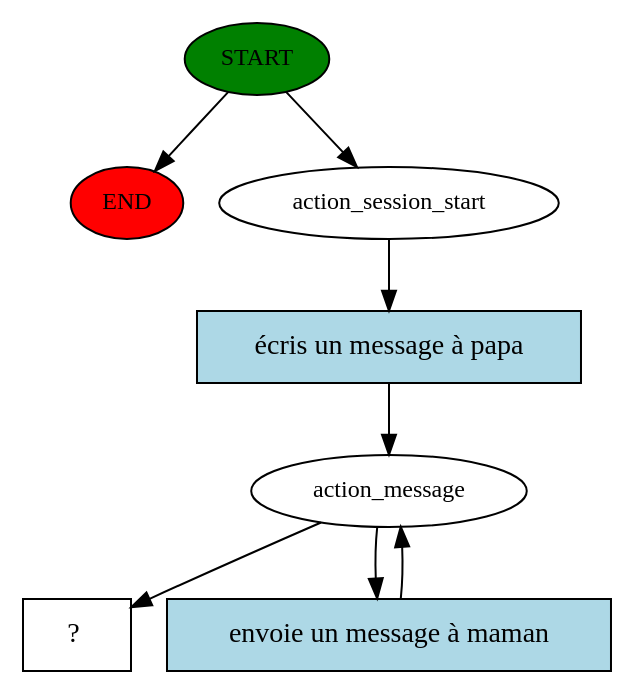
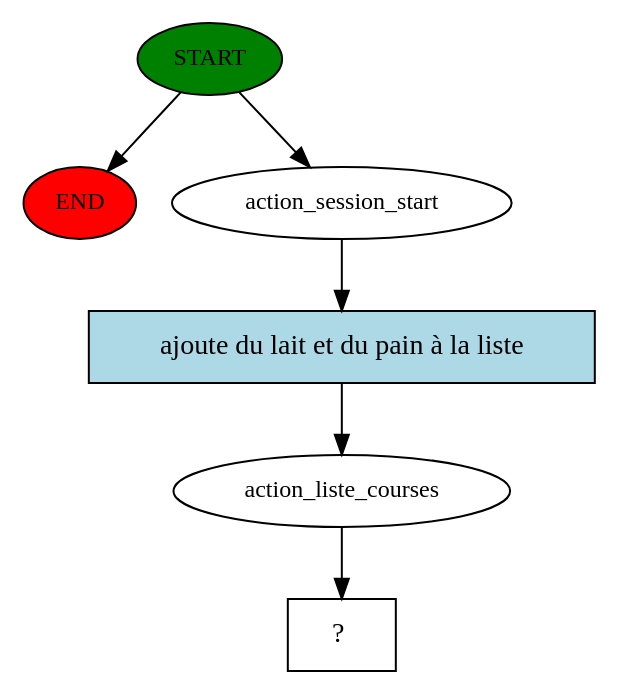
The diagram in rasa_chatbot/story_graph.dot (AlexandreLanglade/interaction_chatbot), drawn with Graphviz before and after one commit. The commit also changed 16 other files, not shown here.

Commit message:
implementation liste course rasa->interface + refactorisation courses, bdd + formatage des .py avec black

```diff
--- a/rasa_chatbot/story_graph.dot
+++ b/rasa_chatbot/story_graph.dot
@@ -1,16 +1,13 @@
 digraph  {
 0 [class="start active", fillcolor=green, fontsize=12, label=START, style=filled];
 "-1" [class=end, fillcolor=red, fontsize=12, label=END, style=filled];
 1 [class=active, fontsize=12, label=action_session_start];
-2 [class=active, fontsize=12, label=action_message];
-5 [class="intent dashed active", label="  ?  ", shape=rect];
-6 [class="intent active", fillcolor=lightblue, label="écris un message à papa", shape=rect, style=filled];
-7 [class="intent active", fillcolor=lightblue, label="envoie un message à maman", shape=rect, style=filled];
+2 [class=active, fontsize=12, label=action_liste_courses];
+3 [class="intent dashed active", label="  ?  ", shape=rect];
+4 [class="intent active", fillcolor=lightblue, label="ajoute du lait et du pain à la liste", shape=rect, style=filled];
 0 -> "-1"  [class="", key=NONE, label=""];
 0 -> 1  [class=active, key=NONE, label=""];
-1 -> 6  [class=active, key=0];
-2 -> 5  [class=active, key=NONE, label=""];
-2 -> 7  [class=active, key=0];
-6 -> 2  [class=active, key=0];
-7 -> 2  [class=active, key=0];
+1 -> 4  [class=active, key=0];
+2 -> 3  [class=active, key=NONE, label=""];
+4 -> 2  [class=active, key=0];
 }
```
